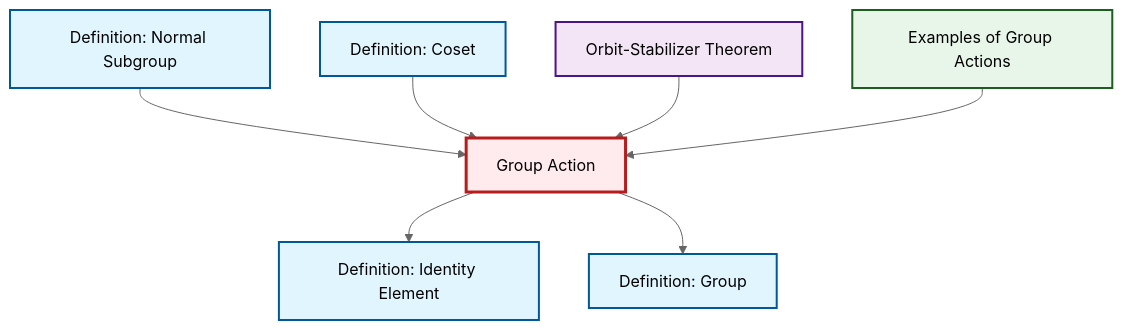
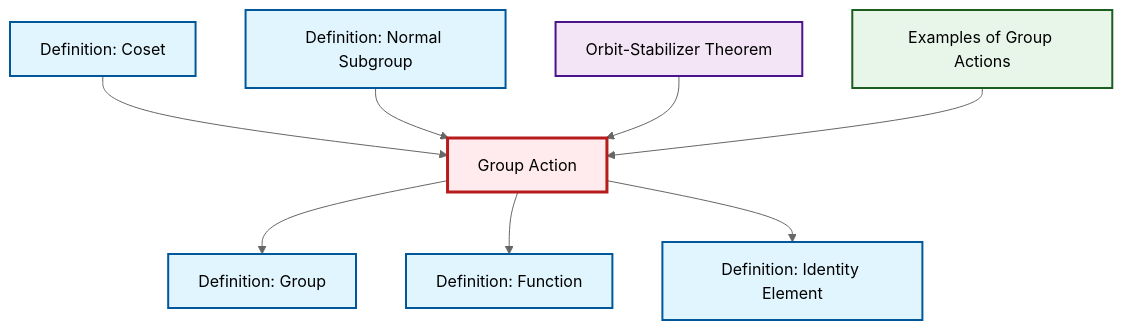
The diagram in content/en/algebra/def-group-action.qmd (RK0429/ModernMath), drawn with Mermaid (neutral theme) before and after one commit. The commit also changed 554 other files, not shown here.

````diff
--- a/content/en/algebra/def-group-action.qmd
+++ b/content/en/algebra/def-group-action.qmd
@@ -61,29 +61,32 @@
 ```{mermaid}
 %%| fig-cap: "Local dependency graph"
 graph TD
     classDef definition fill:#e1f5fe,stroke:#01579b,stroke-width:2px
     classDef theorem fill:#f3e5f5,stroke:#4a148c,stroke-width:2px
     classDef axiom fill:#fff3e0,stroke:#e65100,stroke-width:2px
     classDef example fill:#e8f5e9,stroke:#1b5e20,stroke-width:2px
     classDef current fill:#ffebee,stroke:#b71c1c,stroke-width:3px
+    def-group-action["Group Action"]:::definition
+    def-group["Definition: Group"]:::definition
+    def-function["Definition: Function"]:::definition
+    thm-orbit-stabilizer["Orbit-Stabilizer Theorem"]:::theorem
+    def-normal-subgroup["Definition: Normal Subgroup"]:::definition
+    def-coset["Definition: Coset"]:::definition
     ex-group-action-examples["Examples of Group Actions"]:::example
-    thm-orbit-stabilizer["Orbit-Stabilizer Theorem"]:::theorem
-    def-group["Definition: Group"]:::definition
-    def-normal-subgroup["Definition: Normal Subgroup"]:::definition
     def-identity-element["Definition: Identity Element"]:::definition
-    def-coset["Definition: Coset"]:::definition
-    def-group-action["Group Action"]:::definition
+    def-coset --> def-group-action
+    def-normal-subgroup --> def-group-action
+    def-group-action --> def-group
+    def-group-action --> def-function
+    thm-orbit-stabilizer --> def-group-action
     def-group-action --> def-identity-element
-    def-normal-subgroup --> def-group-action
-    def-coset --> def-group-action
-    thm-orbit-stabilizer --> def-group-action
     ex-group-action-examples --> def-group-action
-    def-group-action --> def-group
     class def-group-action current
+    click def-group "def-group.html" "Go to Group definition"
+    click def-function "def-function.html" "Go to Function definition"
+    click thm-orbit-stabilizer "thm-orbit-stabilizer.html" "Go to Orbit-Stabilizer Theorem"
+    click def-normal-subgroup "def-normal-subgroup.html" "Go to Normal Subgroup definition"
+    click def-coset "def-coset.html" "Go to Coset definition"
     click ex-group-action-examples "ex-group-action-examples.html" "Go to Examples of Group Actions"
-    click thm-orbit-stabilizer "thm-orbit-stabilizer.html" "Go to Orbit-Stabilizer Theorem"
-    click def-group "def-group.html" "Go to Group definition"
-    click def-normal-subgroup "def-normal-subgroup.html" "Go to Normal Subgroup definition"
     click def-identity-element "def-identity-element.html" "Go to Identity Element definition"
-    click def-coset "def-coset.html" "Go to Coset definition"
 ```
````
